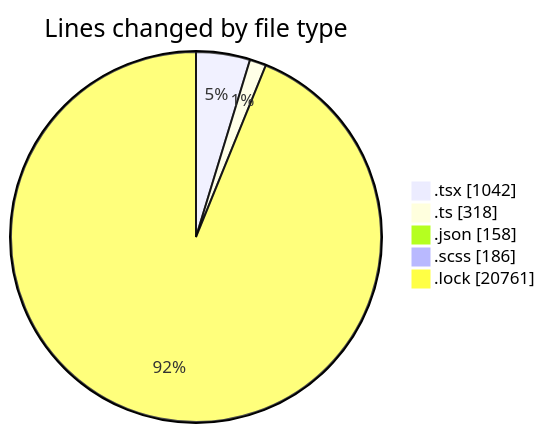
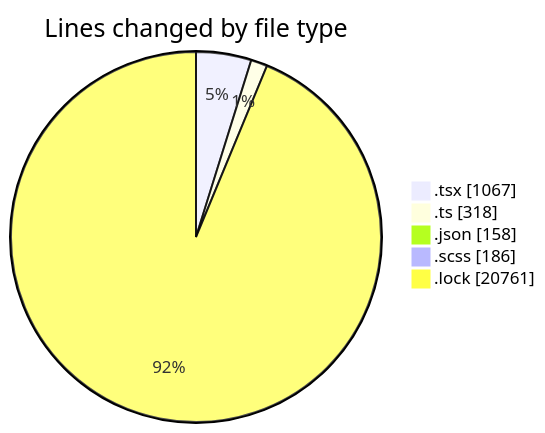
One commit to momahboobian/code-tracking changed the first of 2 diagrams in 2025-04-29/cda/README.md. Above: the diagram before and after it, drawn with Mermaid. The commit also changed other lines of this file and 1 other file, not shown here.

````diff
--- a/2025-04-29/cda/README.md
+++ b/2025-04-29/cda/README.md
@@ -38,9 +38,9 @@
 ```mermaid
 pie showData
 title Lines changed by file type
-".tsx" : 1042
+".tsx" : 1067
 ".ts" : 318
 ".json" : 158
 ".scss" : 186
 ".lock" : 20761
 ```
````
